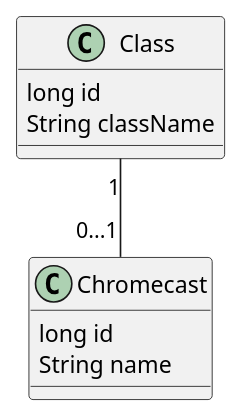
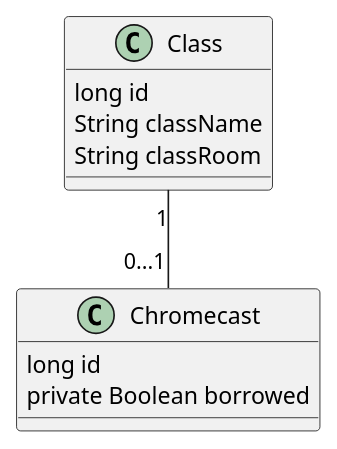
The diagram in Backend/asciidocs/cld.puml (htl-leonding-project/5ahif-syp-chromecast-manager), drawn with PlantUML before and after one commit. The commit also changed 2 other files, not shown here.

```diff
--- a/Backend/asciidocs/cld.puml
+++ b/Backend/asciidocs/cld.puml
@@ -1,14 +1,15 @@
 @startuml
 
 class Chromecast{
   long id
-  String name
+  private Boolean borrowed
 }
 
 class Class{
    long id
    String className
+   String classRoom
 }
 
 Class "1" -- "0...1" Chromecast
 @enduml
```
